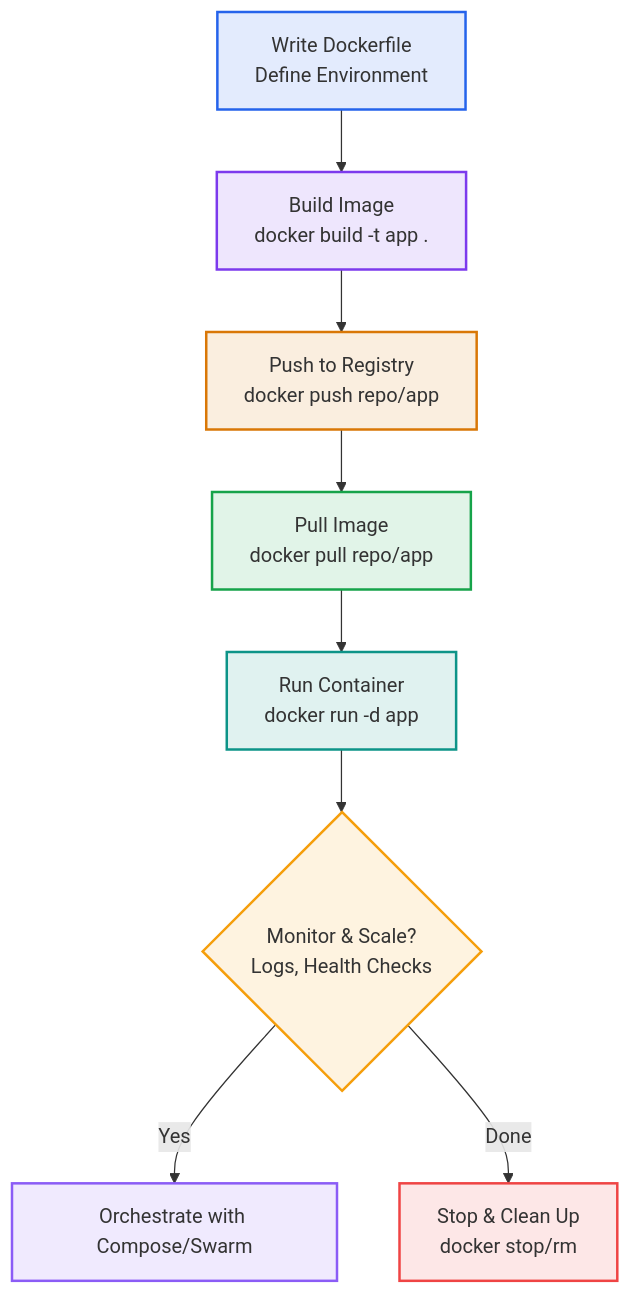
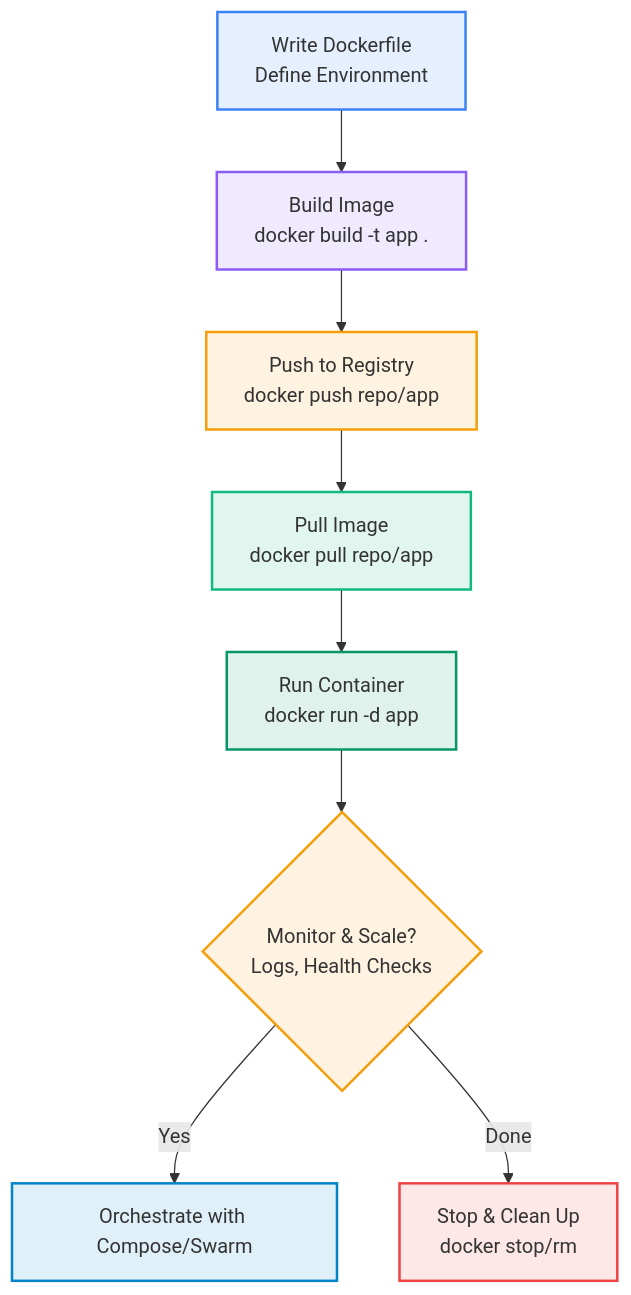
Before and after one commit to MadeInShineA/hei-course-summaries: the third of 5 diagrams in 302.1-data-computation/docker.md, drawn with Mermaid. The commit also changed other lines of this file and 2 other files, not shown here.

Commit message:
Updated mermaid graphs colors

````diff
--- a/302.1-data-computation/docker.md
+++ b/302.1-data-computation/docker.md
@@ -185,19 +185,19 @@
 ```mermaid
 flowchart TD
     A[Write Dockerfile<br/>Define Environment] --> B[Build Image<br/>docker build -t app .]
     B --> C[Push to Registry<br/>docker push repo/app]
     C --> D[Pull Image<br/>docker pull repo/app]
     D --> E[Run Container<br/>docker run -d app]
     E --> F{Monitor & Scale?<br/>Logs, Health Checks}
     F -->|Yes| G[Orchestrate with Compose/Swarm]
     F -->|Done| H[Stop & Clean Up<br/>docker stop/rm]
     
-    style A fill:#2563eb20,stroke:#2563eb,stroke-width:2px
-    style B fill:#7c3aed20,stroke:#7c3aed,stroke-width:2px
-    style C fill:#d9770620,stroke:#d97706,stroke-width:2px
-    style D fill:#16a34a20,stroke:#16a34a,stroke-width:2px
-    style E fill:#0d948820,stroke:#0d9488,stroke-width:2px
+    style A fill:#3b82f620,stroke:#3b82f6,stroke-width:2px
+    style B fill:#8b5cf620,stroke:#8b5cf6,stroke-width:2px
+    style C fill:#f59e0b20,stroke:#f59e0b,stroke-width:2px
+    style D fill:#10b98120,stroke:#10b981,stroke-width:2px
+    style E fill:#05966920,stroke:#059669,stroke-width:2px
     style F fill:#f59e0b20,stroke:#f59e0b,stroke-width:2px
-    style G fill:#8b5cf620,stroke:#8b5cf6,stroke-width:2px
+    style G fill:#0284c720,stroke:#0284c7,stroke-width:2px
     style H fill:#ef444420,stroke:#ef4444,stroke-width:2px
 ```
````
